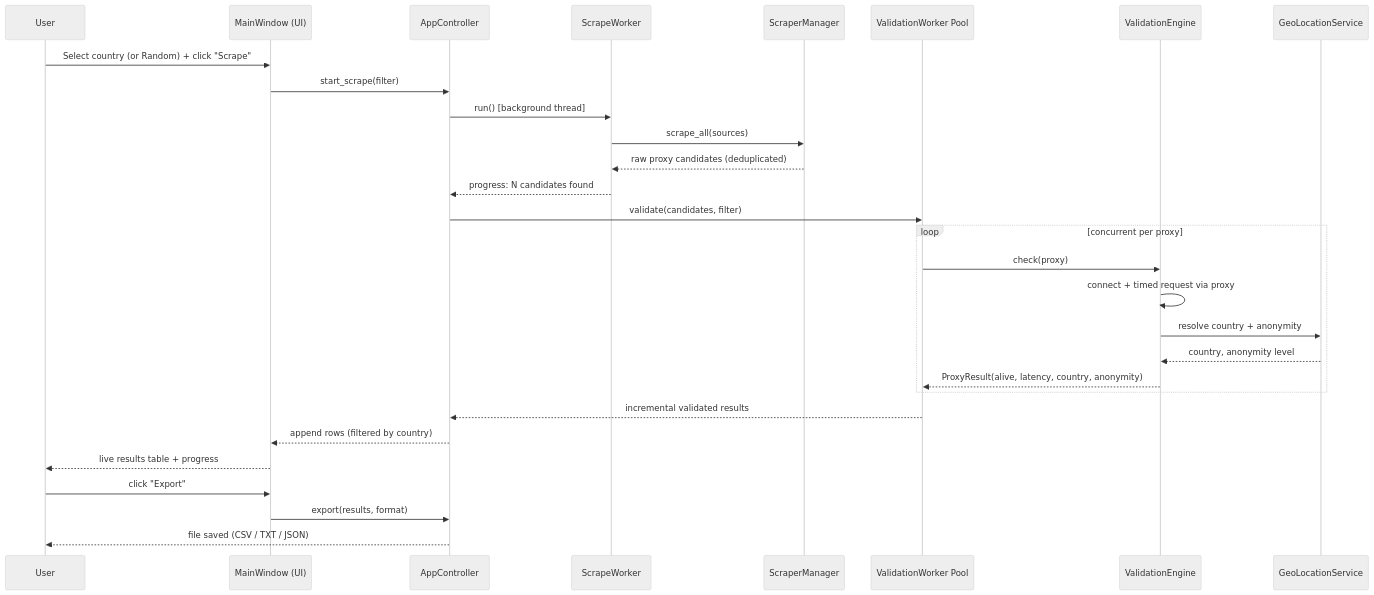
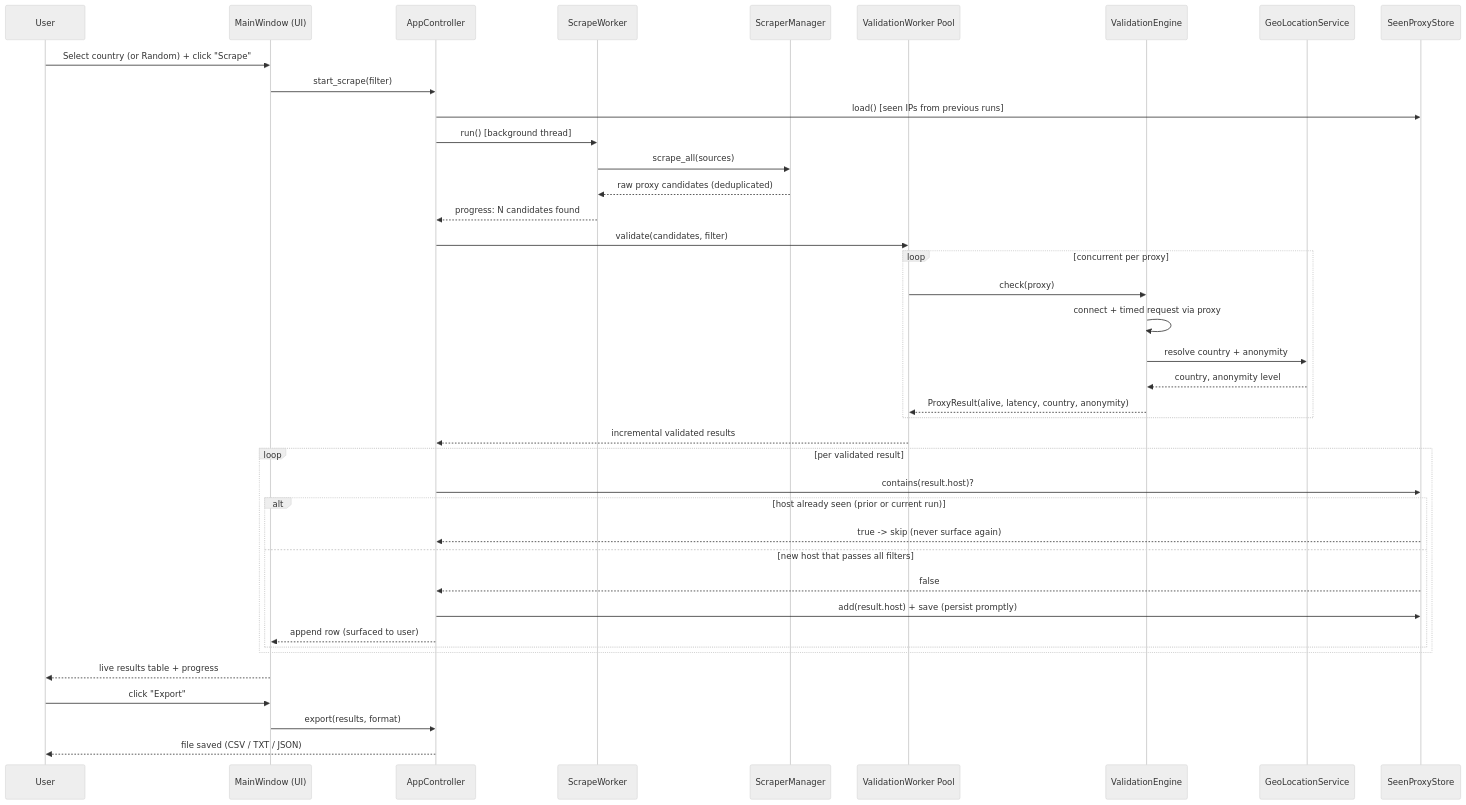
The second of 2 diagrams in .kiro/specs/proxy-scraper-gui/design.md (Miten001/userbot), drawn with Mermaid (neutral theme) before and after one commit. The commit also changed other lines of this file and 15 other files, not shown here.

First line of the commit message:
feat: persistent cross-session no-IP-reuse (SeenProxyStore)

````diff
--- a/.kiro/specs/proxy-scraper-gui/design.md
+++ b/.kiro/specs/proxy-scraper-gui/design.md
@@ -75,32 +85,43 @@
 ```mermaid
 sequenceDiagram
     participant U as User
     participant UI as MainWindow (UI)
     participant C as AppController
     participant SW as ScrapeWorker
     participant SM as ScraperManager
     participant VW as ValidationWorker Pool
     participant VE as ValidationEngine
     participant G as GeoLocationService
+    participant SS as SeenProxyStore
 
     U->>UI: Select country (or Random) + click "Scrape"
     UI->>C: start_scrape(filter)
+    C->>SS: load() [seen IPs from previous runs]
     C->>SW: run() [background thread]
     SW->>SM: scrape_all(sources)
     SM-->>SW: raw proxy candidates (deduplicated)
     SW-->>C: progress: N candidates found
     C->>VW: validate(candidates, filter)
     loop concurrent per proxy
         VW->>VE: check(proxy)
         VE->>VE: connect + timed request via proxy
         VE->>G: resolve country + anonymity
         G-->>VE: country, anonymity level
         VE-->>VW: ProxyResult(alive, latency, country, anonymity)
     end
     VW-->>C: incremental validated results
-    C-->>UI: append rows (filtered by country)
+    loop per validated result
+        C->>SS: contains(result.host)?
+        alt host already seen (prior or current run)
+            SS-->>C: true -> skip (never surface again)
+        else new host that passes all filters
+            SS-->>C: false
+            C->>SS: add(result.host) + save (persist promptly)
+            C-->>UI: append row (surfaced to user)
+        end
+    end
     UI-->>U: live results table + progress
     U->>UI: click "Export"
     UI->>C: export(results, format)
     C-->>U: file saved (CSV / TXT / JSON)
 ```
````
